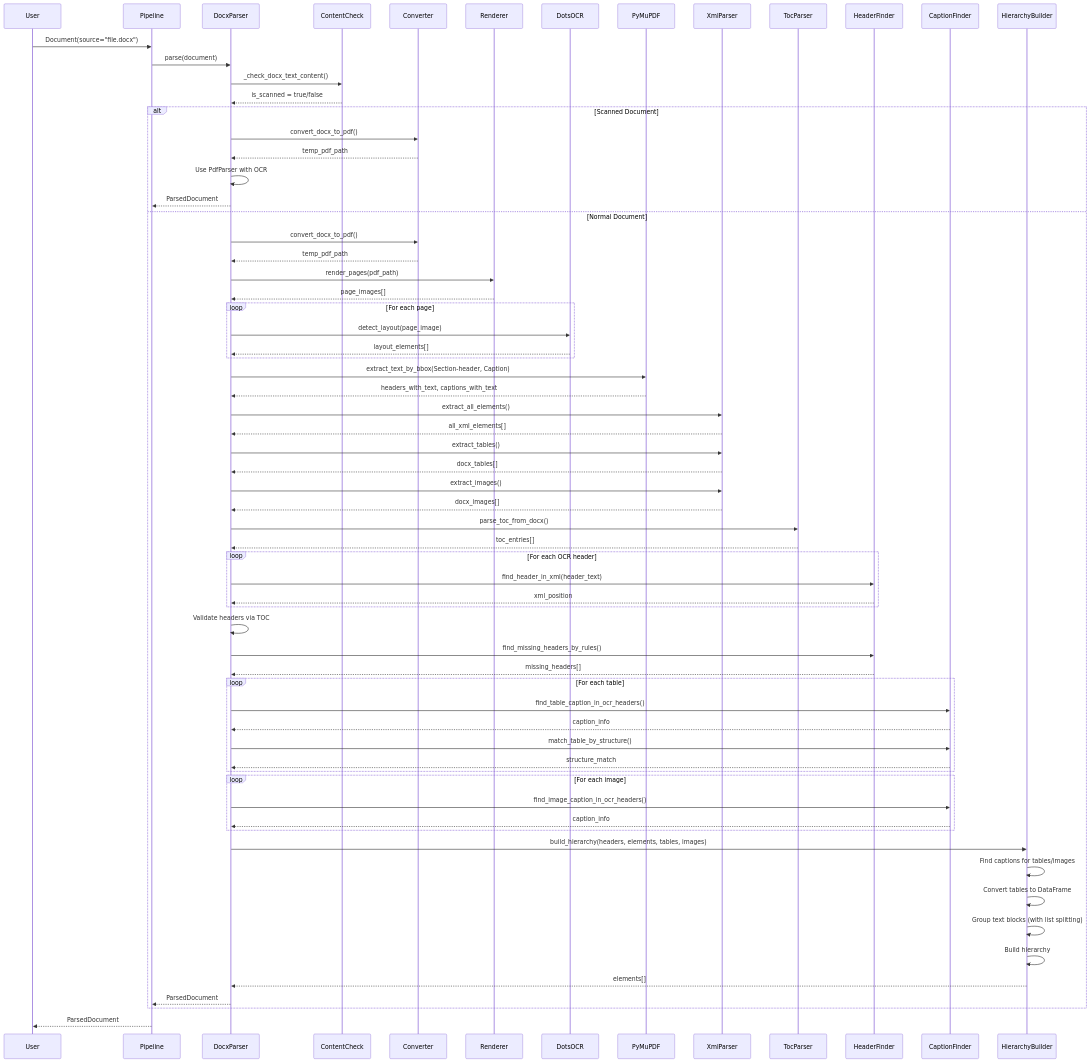
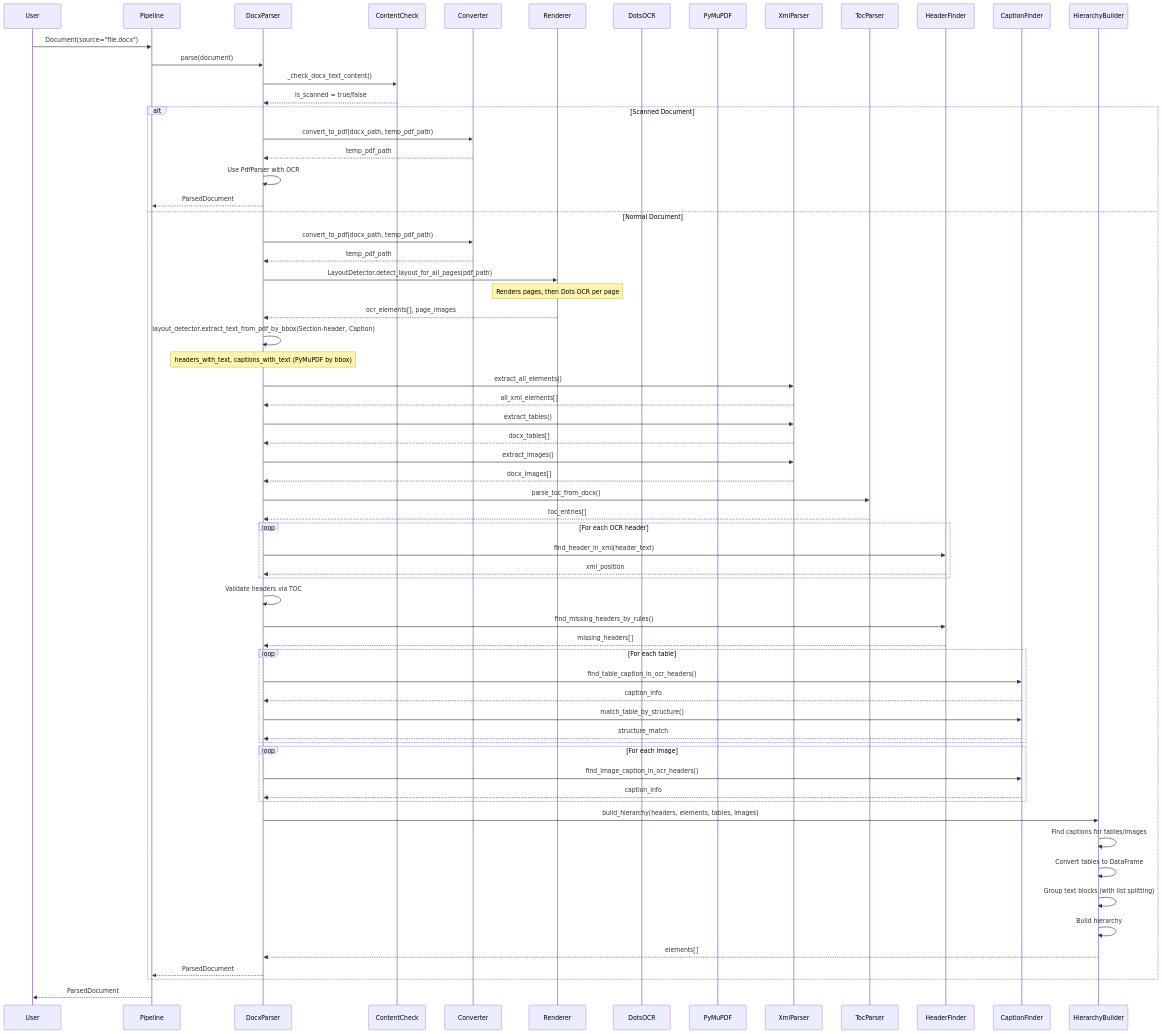
The second of 2 diagrams in docs/DOCX_PARSER.md (aimclub/documentor), drawn with Mermaid before and after one commit. The commit also changed other lines of this file and 4 other files, not shown here.

First line of the commit message:
update architecture diagram (#41)

```diff
--- a/docs/DOCX_PARSER.md
+++ b/docs/DOCX_PARSER.md
@@ -381,24 +380,20 @@
     ContentCheck-->>DocxParser: is_scanned = true/false
     
     alt Scanned Document
-        DocxParser->>Converter: convert_docx_to_pdf()
+        DocxParser->>Converter: convert_to_pdf(docx_path, temp_pdf_path)
         Converter-->>DocxParser: temp_pdf_path
         DocxParser->>DocxParser: Use PdfParser with OCR
         DocxParser-->>Pipeline: ParsedDocument
     else Normal Document
-        DocxParser->>Converter: convert_docx_to_pdf()
+        DocxParser->>Converter: convert_to_pdf(docx_path, temp_pdf_path)
         Converter-->>DocxParser: temp_pdf_path
         
-        DocxParser->>Renderer: render_pages(pdf_path)
-        Renderer-->>DocxParser: page_images[]
+        DocxParser->>Renderer: LayoutDetector.detect_layout_for_all_pages(pdf_path)
+        Note over Renderer: Renders pages, then Dots OCR per page
+        Renderer-->>DocxParser: ocr_elements[], page_images
         
-        loop For each page
-            DocxParser->>DotsOCR: detect_layout(page_image)
-            DotsOCR-->>DocxParser: layout_elements[]
-        end
-        
-        DocxParser->>PyMuPDF: extract_text_by_bbox(Section-header, Caption)
-        PyMuPDF-->>DocxParser: headers_with_text, captions_with_text
+        DocxParser->>DocxParser: layout_detector.extract_text_from_pdf_by_bbox(Section-header, Caption)
+        Note over DocxParser: headers_with_text, captions_with_text (PyMuPDF by bbox)
         
         DocxParser->>XmlParser: extract_all_elements()
         XmlParser-->>DocxParser: all_xml_elements[]
```
